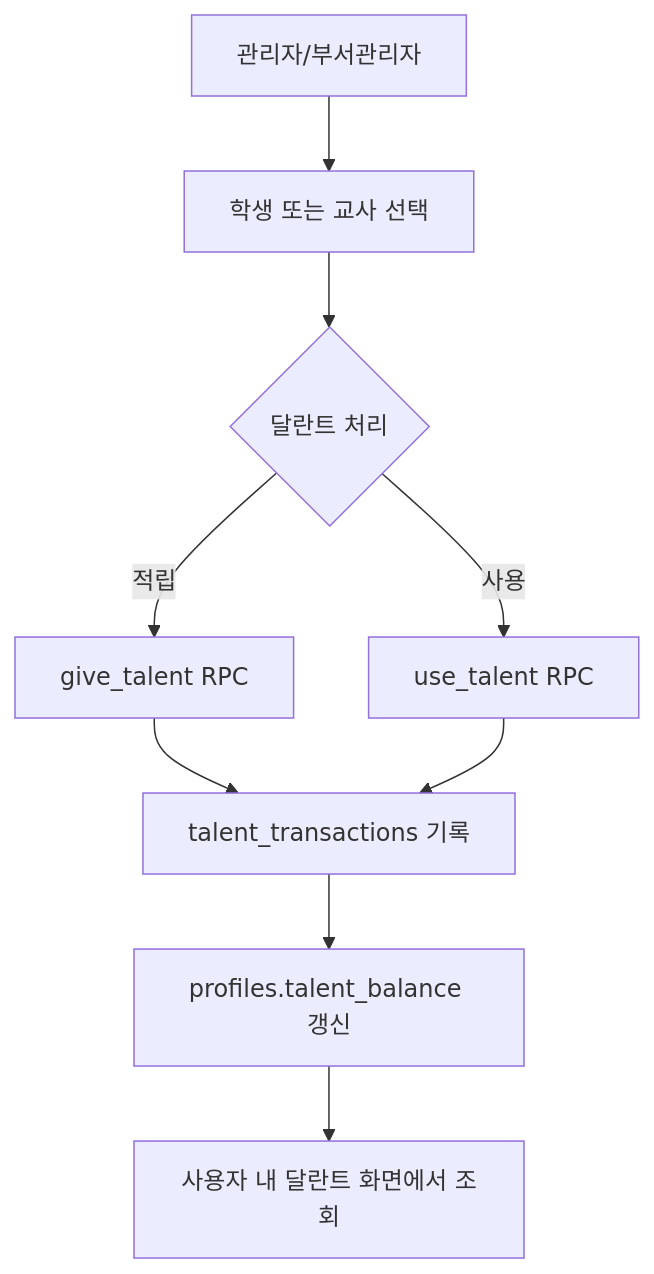
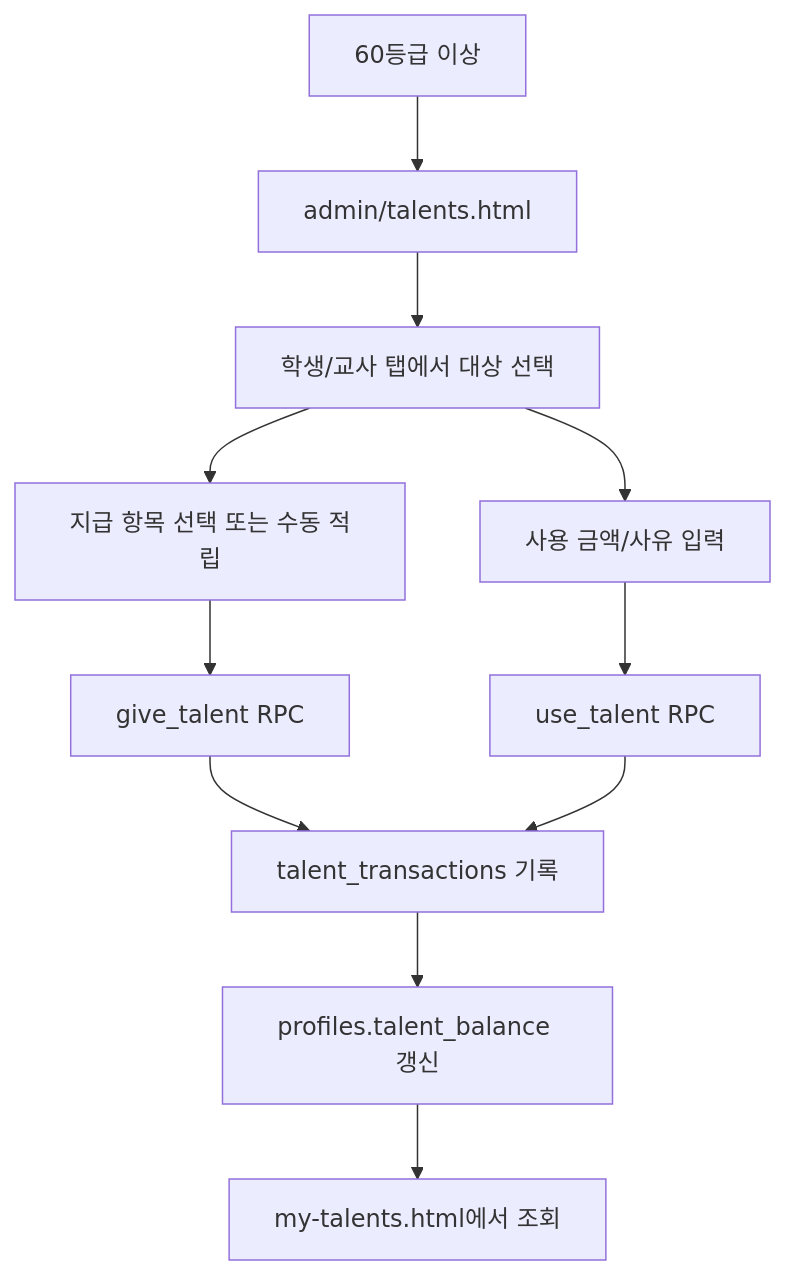
The sixth of 8 diagrams in docs/PROJECT_ARCHITECTURE_FLOW.md (CHO-Talents/CHO-Talents), drawn with Mermaid before and after one commit. The commit also changed other lines of this file and 2 other files, not shown here.

````diff
--- a/docs/PROJECT_ARCHITECTURE_FLOW.md
+++ b/docs/PROJECT_ARCHITECTURE_FLOW.md
@@ -228,11 +206,13 @@
 ```mermaid
 flowchart TD
-  Manager["관리자/부서관리자"] --> SelectUser["학생 또는 교사 선택"]
-  SelectUser --> TalentAction{"달란트 처리"}
-  TalentAction -->|적립| Give["give_talent RPC"]
-  TalentAction -->|사용| Use["use_talent RPC"]
-  Give --> Transaction["talent_transactions 기록"]
-  Use --> Transaction
-  Transaction --> Balance["profiles.talent_balance 갱신"]
-  Balance --> MyTalents["사용자 내 달란트 화면에서 조회"]
+  Manager["60등급 이상"] --> TalentPage["admin/talents.html"]
+  TalentPage --> Target["학생/교사 탭에서 대상 선택"]
+  Target --> Earn["지급 항목 선택 또는 수동 적립"]
+  Target --> Use["사용 금액/사유 입력"]
+  Earn --> GiveRPC["give_talent RPC"]
+  Use --> UseRPC["use_talent RPC"]
+  GiveRPC --> Tx["talent_transactions 기록"]
+  UseRPC --> Tx
+  Tx --> Balance["profiles.talent_balance 갱신"]
+  Balance --> UserView["my-talents.html에서 조회"]
 ```
````
